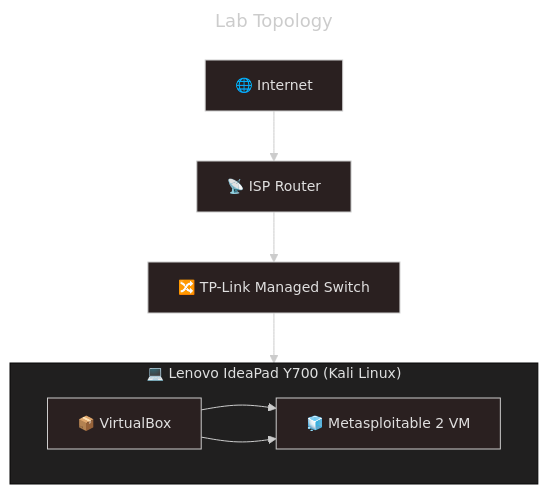
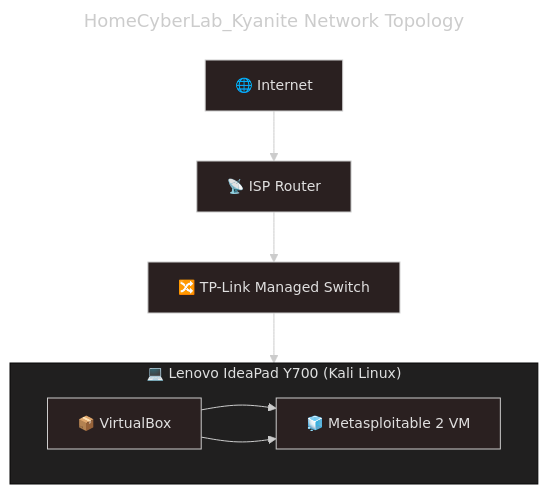
The diagram in README.md (earnesttavares/HomeCyberLab_Kyanite), drawn with Mermaid before and after one commit.

Commit message:
Update title in Lab Topology section

````diff
--- a/README.md
+++ b/README.md
@@ -49,26 +49,26 @@
 ```mermaid
 ---
-title: Lab Topology
+title: HomeCyberLab_Kyanite Network Topology 
 config:
   theme: neo-dark
   themeVariables:
     primaryColor:
 ---
 
 flowchart TD
     Internet["🌐 Internet"]
     Router["📡 ISP Router"]
     Switch["🔀 TP-Link Managed Switch"]
 
     Internet --> Router
     Router --> Switch
 
     subgraph Host["💻 Lenovo IdeaPad Y700 (Kali Linux)"]
         direction LR
         VBox["📦 VirtualBox"]-->VM["🧊 Metasploitable 2 VM"]
 
         VBox --> VM
     end
 
     Switch --> VBox
 ```
````
